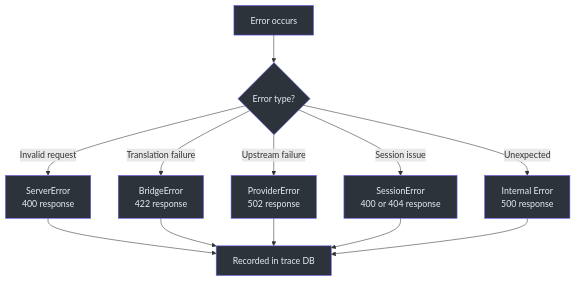
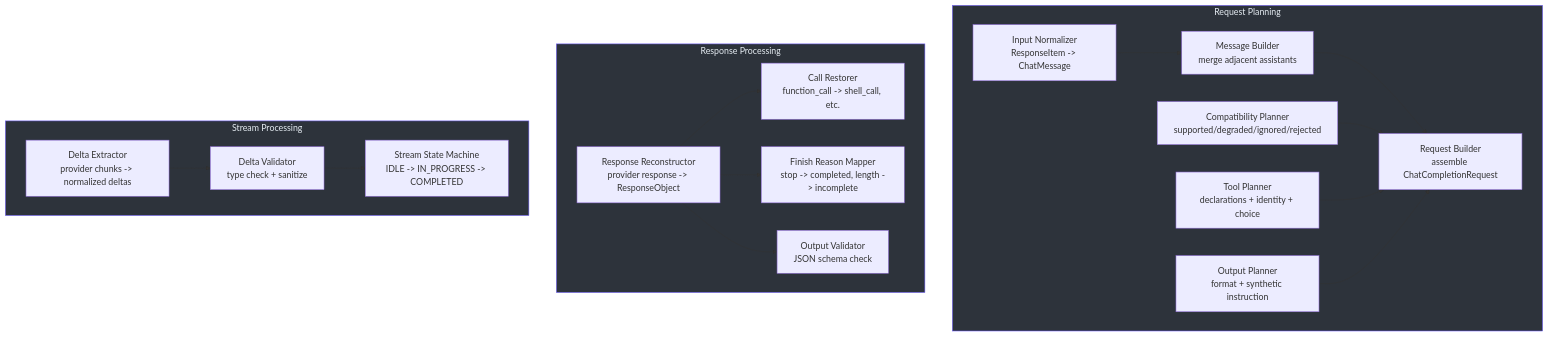
One commit to zamelee/GodeX changed the third of 3 diagrams in wiki/onboarding/staff-engineer-guide.md. Above: the diagram before and after it, drawn with Mermaid. The commit also changed other lines of this file and 120 other files, not shown here.

Commit message:
docs: comprehensive VitePress wiki with dark theme, EN/ZH sync, and Mermaid fixes (#118)

````diff
--- a/wiki/onboarding/staff-engineer-guide.md
+++ b/wiki/onboarding/staff-engineer-guide.md
@@ -321,24 +248,39 @@
 ```mermaid
-graph TD
-  Error["Error occurs"] --> Type{Error type?}
-  Type --> |Invalid request| Server["ServerError<br>400 response"]
-  Type --> |Translation failure| Bridge["BridgeError<br>422 response"]
-  Type --> |Upstream failure| Provider["ProviderError<br>502 response"]
-  Type --> |Session issue| Session["SessionError<br>400 or 404 response"]
-  Type --> |Unexpected| Internal["Internal Error<br>500 response"]
+graph TB
+  subgraph RequestPlanning["Request Planning"]
+    InputNorm["Input Normalizer<br>ResponseItem -> ChatMessage"]
+    MsgBuilder["Message Builder<br>merge adjacent assistants"]
+    CompatPlanner["Compatibility Planner<br>supported/degraded/ignored/rejected"]
+    ToolPlanner["Tool Planner<br>declarations + identity + choice"]
+    OutputPlanner["Output Planner<br>format + synthetic instruction"]
+    ReqBuilder["Request Builder<br>assemble ChatCompletionRequest"]
+  end
 
-  Server --> Trace["Recorded in trace DB"]
-  Bridge --> Trace
-  Provider --> Trace
-  Session --> Trace
-  Internal --> Trace
+  subgraph ResponseProcessing["Response Processing"]
+    Recon["Response Reconstructor<br>provider response -> ResponseObject"]
+    CallRestore["Call Restorer<br>function_call -> shell_call, etc."]
+    FinishReason["Finish Reason Mapper<br>stop -> completed, length -> incomplete"]
+    OutputValidate["Output Validator<br>JSON schema check"]
+  end
 
-  style Error fill:#2d333b,stroke:#6d5dfc,color:#e6edf3
-  style Type fill:#2d333b,stroke:#6d5dfc,color:#e6edf3
-  style Server fill:#2d333b,stroke:#6d5dfc,color:#e6edf3
-  style Bridge fill:#2d333b,stroke:#6d5dfc,color:#e6edf3
-  style Provider fill:#2d333b,stroke:#6d5dfc,color:#e6edf3
-  style Session fill:#2d333b,stroke:#6d5dfc,color:#e6edf3
-  style Internal fill:#2d333b,stroke:#6d5dfc,color:#e6edf3
-  style Trace fill:#2d333b,stroke:#6d5dfc,color:#e6edf3
+  subgraph StreamProcessing["Stream Processing"]
+    DeltaExtract["Delta Extractor<br>provider chunks -> normalized deltas"]
+    StateMachine["Stream State Machine<br>IDLE -> IN_PROGRESS -> COMPLETED"]
+    DeltaValidate["Delta Validator<br>type check + sanitize"]
+  end
+
+  InputNorm --> MsgBuilder --> ReqBuilder
+  CompatPlanner --> ReqBuilder
+  ToolPlanner --> ReqBuilder
+  OutputPlanner --> ReqBuilder
+
+  Recon --> CallRestore
+  Recon --> FinishReason
+  Recon --> OutputValidate
+
+  DeltaExtract --> DeltaValidate --> StateMachine
+
+  style RequestPlanning fill:#2d333b,stroke:#6d5dfc,color:#e6edf3
+  style ResponseProcessing fill:#2d333b,stroke:#6d5dfc,color:#e6edf3
+  style StreamProcessing fill:#2d333b,stroke:#6d5dfc,color:#e6edf3
 ```
````
